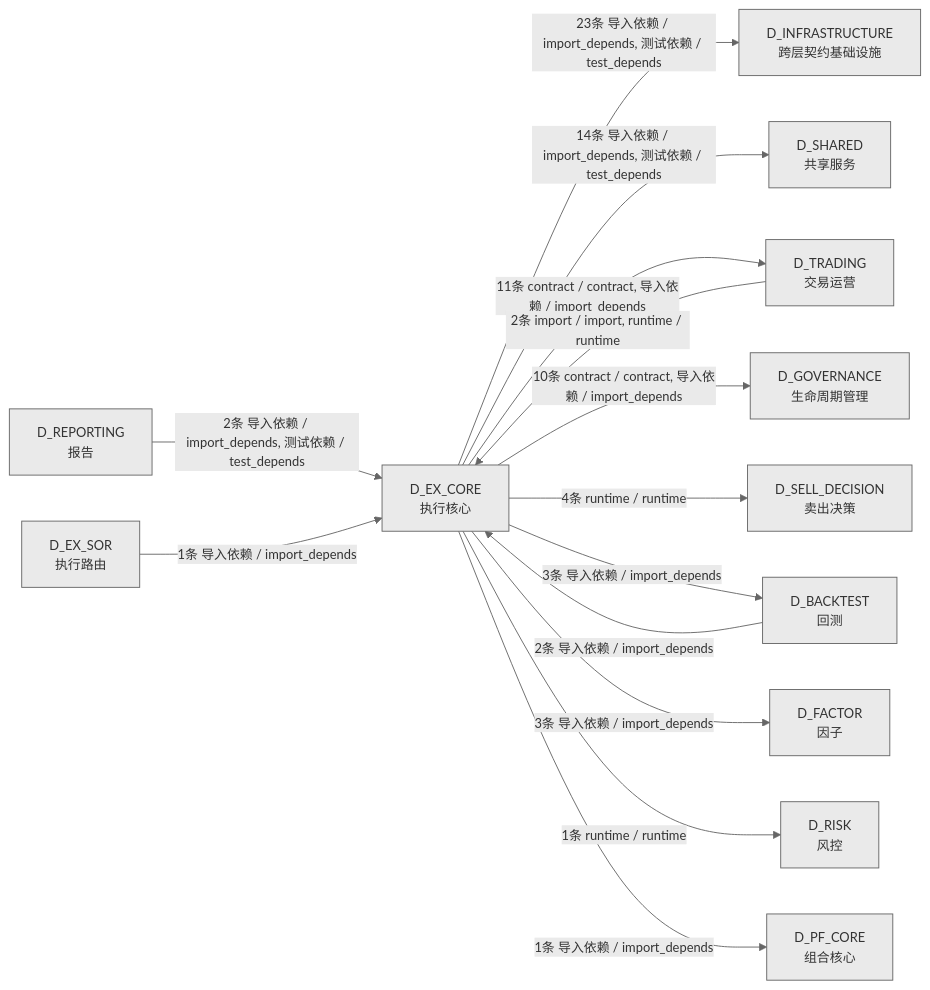
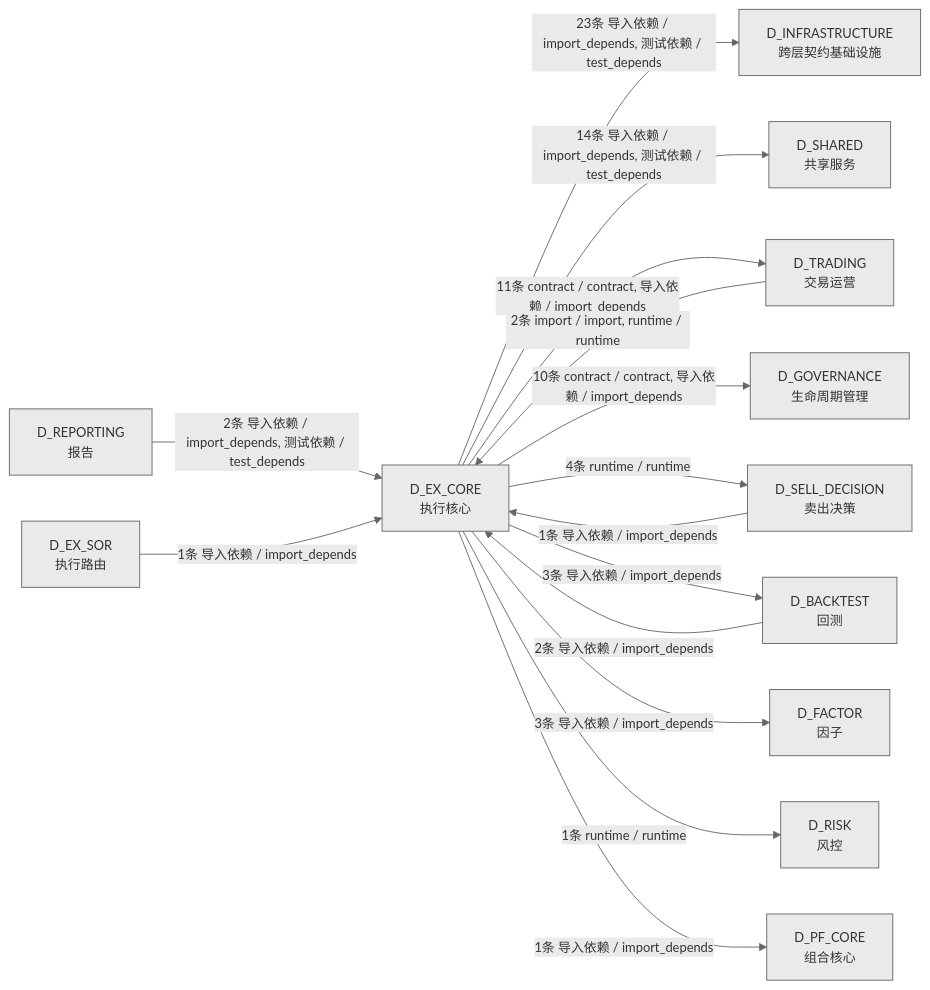
The fourth of 4 diagrams in docs/02_enterprise_architecture/02_domain_architecture_docs/44_d_ex_core.md (xuanFelixVan/ZephyrAlpha), drawn with Mermaid before and after one commit. The commit also changed other lines of this file and 69 other files, not shown here.

````diff
--- a/docs/02_enterprise_architecture/02_domain_architecture_docs/44_d_ex_core.md
+++ b/docs/02_enterprise_architecture/02_domain_architecture_docs/44_d_ex_core.md
@@ -431,29 +433,30 @@
 ```mermaid
 %%{init: {'theme': 'base', 'themeVariables': {'primaryColor': '#eaeaea', 'primaryTextColor': '#333333', 'primaryBorderColor': '#666666', 'lineColor': '#666666', 'secondaryColor': '#eaeaea', 'tertiaryColor': '#eaeaea', 'fontSize': '14px'}}}%%
 graph LR
     D_EX_CORE["D_EX_CORE<br/>执行核心"]
     D_INFRASTRUCTURE["D_INFRASTRUCTURE<br/>跨层契约基础设施"]
     D_SHARED["D_SHARED<br/>共享服务"]
     D_TRADING["D_TRADING<br/>交易运营"]
     D_GOVERNANCE["D_GOVERNANCE<br/>生命周期管理"]
     D_SELL_DECISION["D_SELL_DECISION<br/>卖出决策"]
     D_BACKTEST["D_BACKTEST<br/>回测"]
     D_FACTOR["D_FACTOR<br/>因子"]
     D_RISK["D_RISK<br/>风控"]
     D_PF_CORE["D_PF_CORE<br/>组合核心"]
     D_REPORTING["D_REPORTING<br/>报告"]
     D_EX_SOR["D_EX_SOR<br/>执行路由"]
     D_EX_CORE -->|23条 导入依赖 / import_depends, 测试依赖 / test_depends| D_INFRASTRUCTURE
     D_EX_CORE -->|14条 导入依赖 / import_depends, 测试依赖 / test_depends| D_SHARED
     D_EX_CORE -->|11条 contract / contract, 导入依赖 / import_depends| D_TRADING
     D_EX_CORE -->|10条 contract / contract, 导入依赖 / import_depends| D_GOVERNANCE
     D_EX_CORE -->|4条 runtime / runtime| D_SELL_DECISION
     D_EX_CORE -->|3条 导入依赖 / import_depends| D_BACKTEST
     D_EX_CORE -->|3条 导入依赖 / import_depends| D_FACTOR
     D_EX_CORE -->|1条 runtime / runtime| D_RISK
     D_EX_CORE -->|1条 导入依赖 / import_depends| D_PF_CORE
     D_BACKTEST -->|2条 导入依赖 / import_depends| D_EX_CORE
     D_REPORTING -->|2条 导入依赖 / import_depends, 测试依赖 / test_depends| D_EX_CORE
     D_TRADING -->|2条 import / import, runtime / runtime| D_EX_CORE
     D_EX_SOR -->|1条 导入依赖 / import_depends| D_EX_CORE
+    D_SELL_DECISION -->|1条 导入依赖 / import_depends| D_EX_CORE
 ```
````
